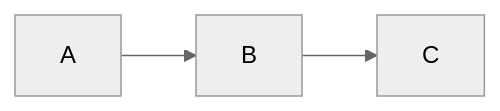
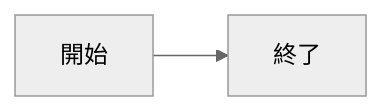
One commit to KinoshitaToya/mermaid_test changed the first of 3 diagrams in README.md. Above: the diagram before and after it, drawn with Mermaid (neutral theme).

````diff
--- a/README.md
+++ b/README.md
@@ -20,4 +20,4 @@
 ```mermaid
 flowchart LR;
-  A --> B --> C
+  開始 --> 終了
 ```
````
